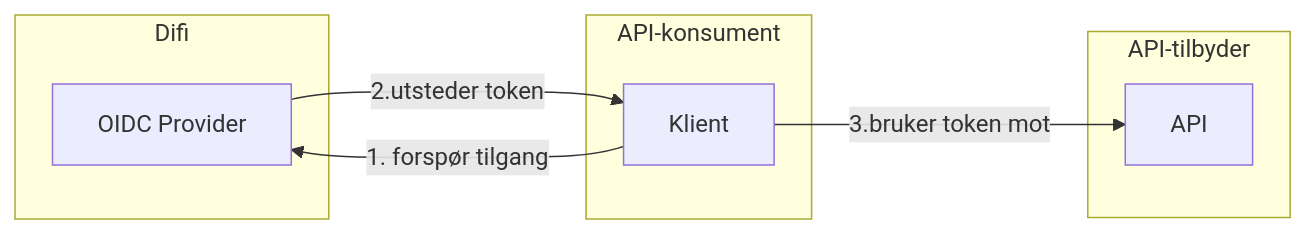
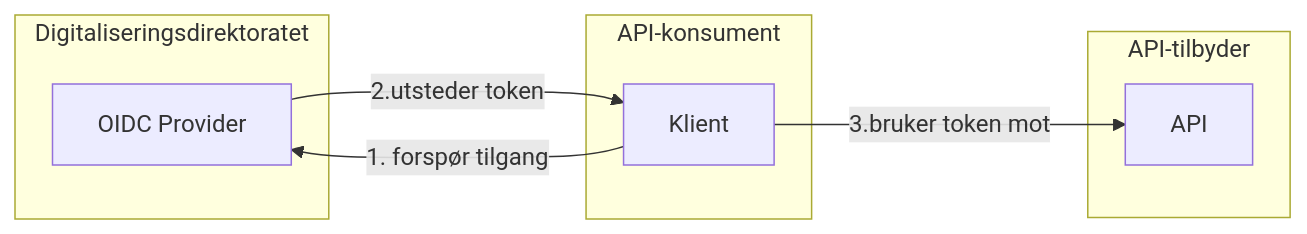
One commit to felleslosninger/docs changed the first of 2 diagrams in _docs/ID-porten/oidc/oidc_guide_maskinporten.md. Above: the diagram before and after it, drawn with Mermaid. The commit also changed 4 other files, not shown here.

```diff
--- a/_docs/ID-porten/oidc/oidc_guide_maskinporten.md
+++ b/_docs/ID-porten/oidc/oidc_guide_maskinporten.md
@@ -18,15 +18,15 @@
 <div class="mermaid">
 graph LR
   subgraph API-tilbyder
     API
   end
-  subgraph Difi
+  subgraph Digitaliseringsdirektoratet
     OIDC[OIDC Provider]
   end
   subgraph API-konsument
      ny[Klient]
   end
   OIDC -->|2.utsteder token|ny
   ny -->|1. forspør tilgang|OIDC
   ny -->|3.bruker token mot|API
 </div>
```
